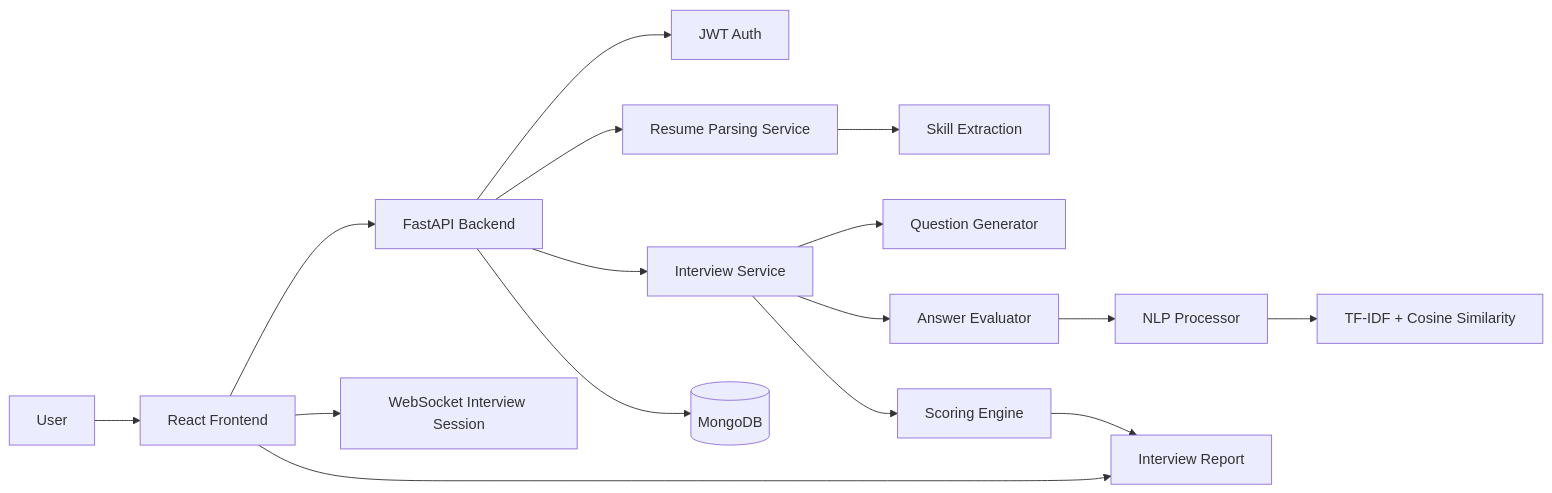
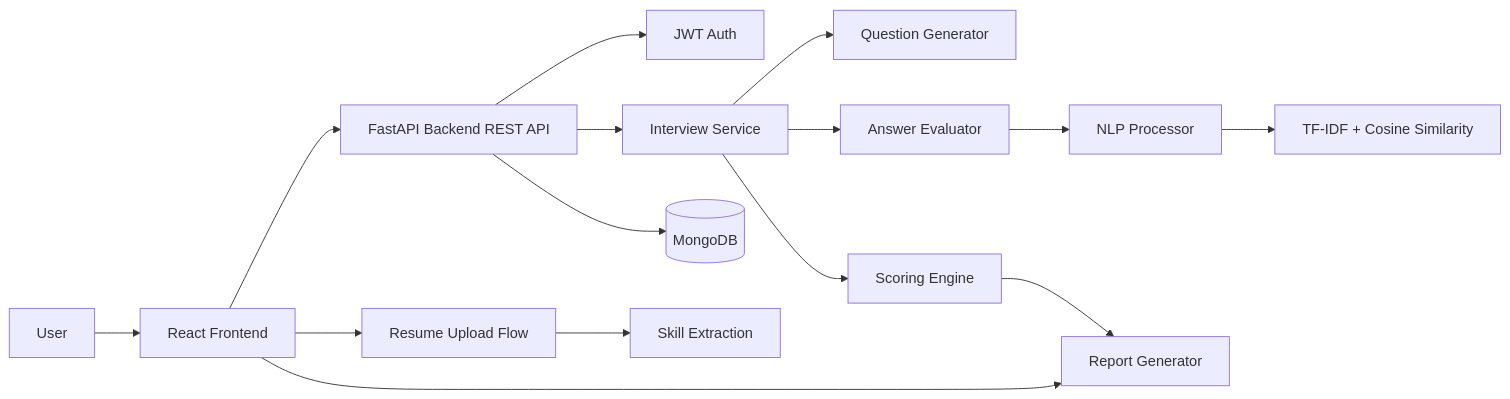
Before and after one commit to Roodransh1983/Ai_interview_bot: the first of 2 diagrams in README.md, drawn with Mermaid. The commit also changed other lines of this file, not shown here.

````diff
--- a/README.md
+++ b/README.md
@@ -128,18 +123,17 @@
 ```mermaid
 flowchart LR
     U[User] --> FE[React Frontend]
-    FE --> API[FastAPI Backend]
-    FE --> WS[WebSocket Interview Session]
+    FE --> API[FastAPI Backend REST API]
+    FE --> RESUME[Resume Upload Flow]
     API --> AUTH[JWT Auth]
-    API --> RESUME[Resume Parsing Service]
     API --> INT[Interview Service]
     INT --> QG[Question Generator]
     INT --> AE[Answer Evaluator]
     AE --> NLP[NLP Processor]
     NLP --> TFIDF[TF-IDF + Cosine Similarity]
     RESUME --> SKILLS[Skill Extraction]
     API --> DB[(MongoDB)]
     INT --> SCORE[Scoring Engine]
-    SCORE --> REPORT[Interview Report]
+    SCORE --> REPORT[Report Generator]
     FE --> REPORT
 ```
````
